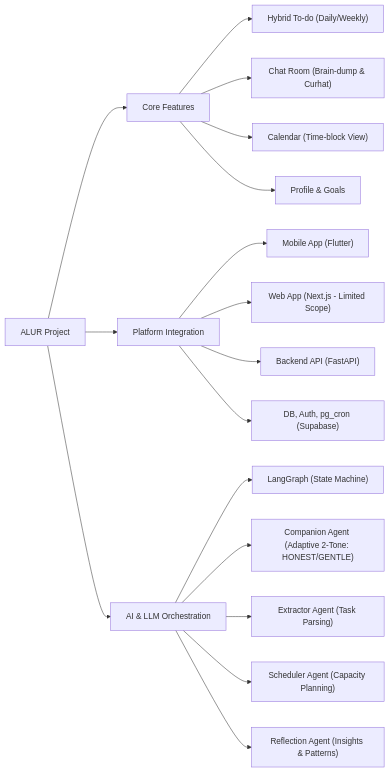
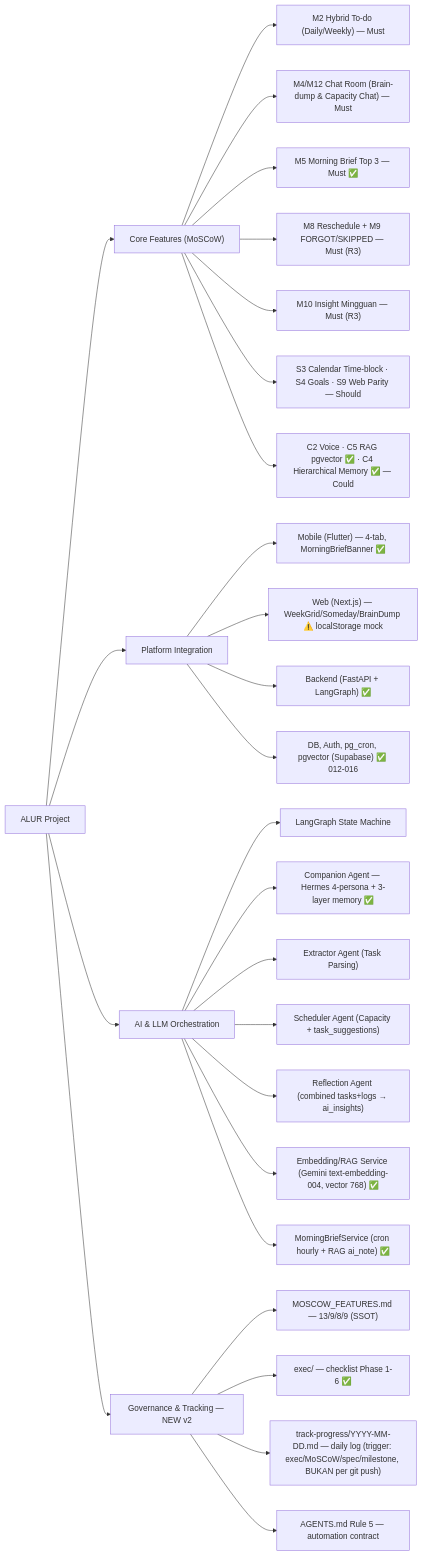
One commit to alurprojects/alurproject changed the first of 9 diagrams in .agents/skills/read-docs/docs/mindmap.md. Above: the diagram before and after it, drawn with Mermaid. The commit also changed other lines of this file and 14 other files, not shown here.

````diff
--- a/.agents/skills/read-docs/docs/mindmap.md
+++ b/.agents/skills/read-docs/docs/mindmap.md
@@ -9,26 +30,38 @@
 ```mermaid
 flowchart LR
     Root["ALUR Project"]
-    
-    Feat["Core Features"]
+
+    Feat["Core Features (MoSCoW)"]
     Root --> Feat
-    Feat --> F1["Hybrid To-do (Daily/Weekly)"]
-    Feat --> F2["Chat Room (Brain-dump & Curhat)"]
-    Feat --> F3["Calendar (Time-block View)"]
-    Feat --> F4["Profile & Goals"]
-    
+    Feat --> F1["M2 Hybrid To-do (Daily/Weekly) — Must"]
+    Feat --> F2["M4/M12 Chat Room (Brain-dump & Capacity Chat) — Must"]
+    Feat --> F3["M5 Morning Brief Top 3 — Must ✅"]
+    Feat --> F4["M8 Reschedule + M9 FORGOT/SKIPPED — Must (R3)"]
+    Feat --> F5["M10 Insight Mingguan — Must (R3)"]
+    Feat --> F6["S3 Calendar Time-block · S4 Goals · S9 Web Parity — Should"]
+    Feat --> F7["C2 Voice · C5 RAG pgvector ✅ · C4 Hierarchical Memory ✅ — Could"]
+
     Plat["Platform Integration"]
     Root --> Plat
-    Plat --> P1["Mobile App (Flutter)"]
-    Plat --> P2["Web App (Next.js - Limited Scope)"]
-    Plat --> P3["Backend API (FastAPI)"]
-    Plat --> P4["DB, Auth, pg_cron (Supabase)"]
-    
+    Plat --> P1["Mobile (Flutter) — 4-tab, MorningBriefBanner ✅"]
+    Plat --> P2["Web (Next.js) — WeekGrid/Someday/BrainDump ⚠️ localStorage mock"]
+    Plat --> P3["Backend (FastAPI + LangGraph) ✅"]
+    Plat --> P4["DB, Auth, pg_cron, pgvector (Supabase) ✅ 012-016"]
+
     AI["AI & LLM Orchestration"]
     Root --> AI
-    AI --> A1["LangGraph (State Machine)"]
-    AI --> A2["Companion Agent (Adaptive 2-Tone: HONEST/GENTLE)"]
+    AI --> A1["LangGraph State Machine"]
+    AI --> A2["Companion Agent — Hermes 4-persona + 3-layer memory ✅"]
     AI --> A3["Extractor Agent (Task Parsing)"]
-    AI --> A4["Scheduler Agent (Capacity Planning)"]
-    AI --> A5["Reflection Agent (Insights & Patterns)"]
+    AI --> A4["Scheduler Agent (Capacity + task_suggestions)"]
+    AI --> A5["Reflection Agent (combined tasks+logs → ai_insights)"]
+    AI --> A6["Embedding/RAG Service (Gemini text-embedding-004, vector 768) ✅"]
+    AI --> A7["MorningBriefService (cron hourly + RAG ai_note) ✅"]
+
+    Gov["Governance & Tracking — NEW v2"]
+    Root --> Gov
+    Gov --> G1["MOSCOW_FEATURES.md — 13/9/8/9 (SSOT)"]
+    Gov --> G2["exec/ — checklist Phase 1-6 ✅"]
+    Gov --> G3["track-progress/YYYY-MM-DD.md — daily log (trigger: exec/MoSCoW/spec/milestone, BUKAN per git push)"]
+    Gov --> G4["AGENTS.md Rule 5 — automation contract"]
 ```
````
